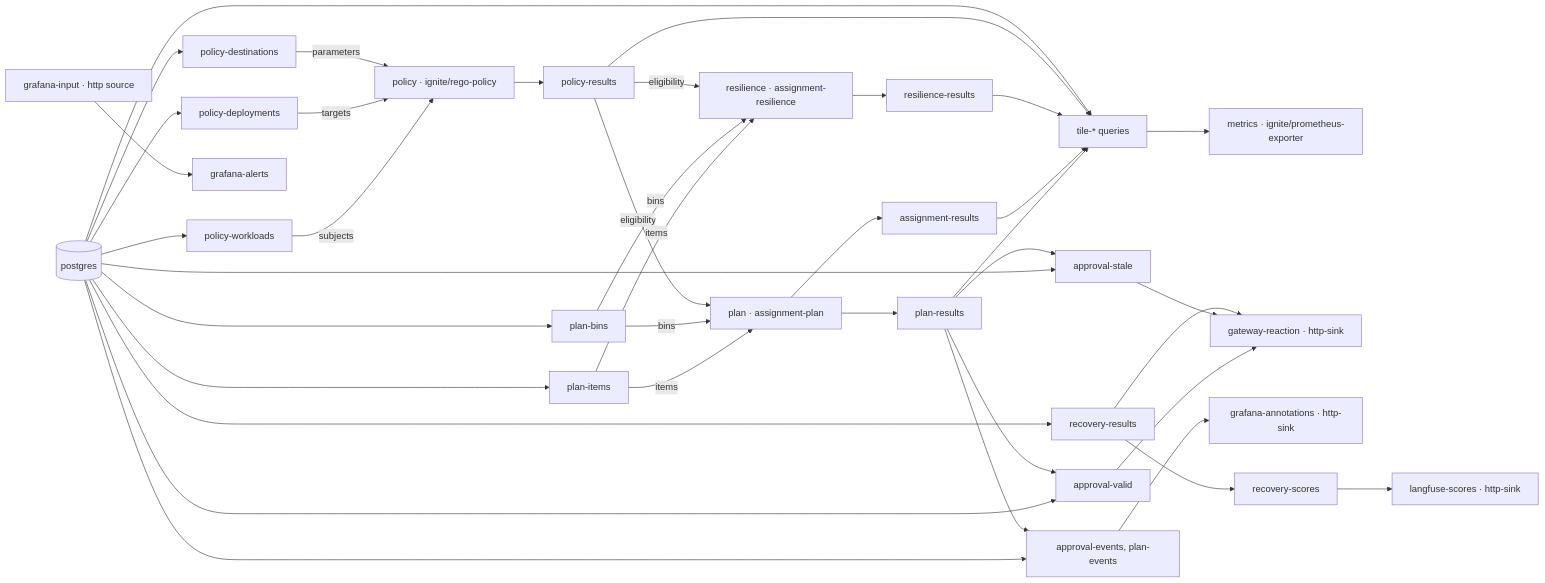
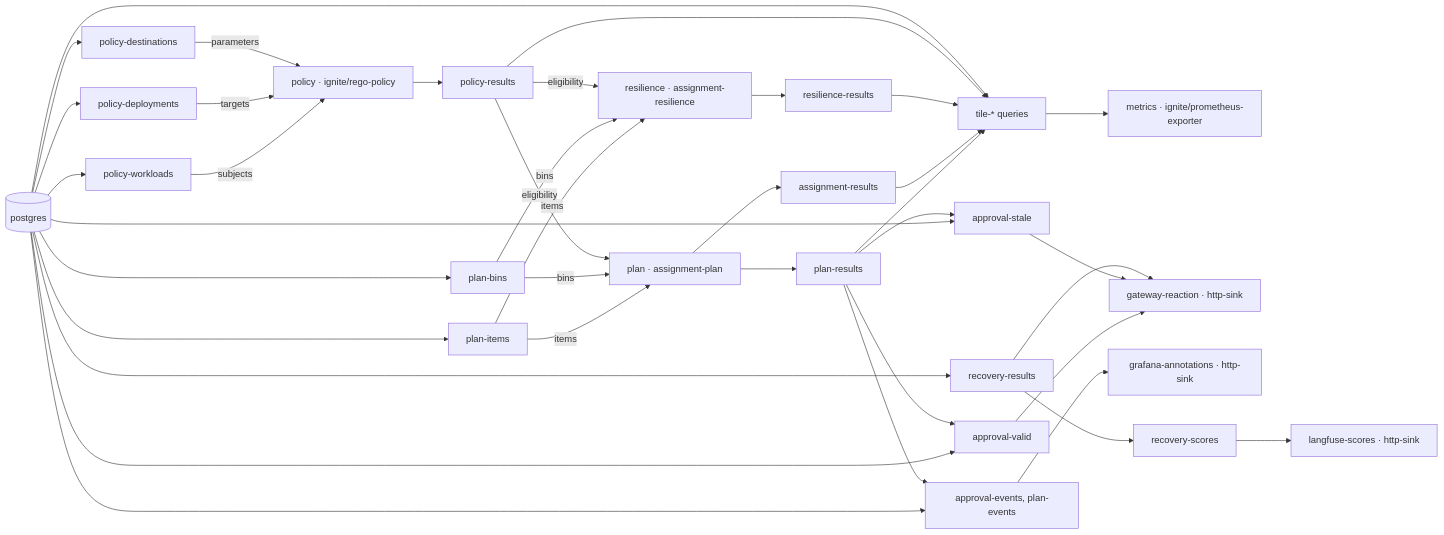
The diagram in presentations/2026-11-19_Ignite/plan/contracts.md (drasi-project/community), drawn with Mermaid before and after one commit. The commit also changed other lines of this file and 4 other files, not shown here.

````diff
--- a/presentations/2026-11-19_Ignite/plan/contracts.md
+++ b/presentations/2026-11-19_Ignite/plan/contracts.md
@@ -128,19 +126,18 @@
 ```mermaid
 flowchart LR
   PG[(postgres)] --> W[policy-workloads] & D[policy-deployments] & PD[policy-destinations] & PI[plan-items] & PB[plan-bins]
   W -->|subjects| P[policy · ignite/rego-policy]
   D -->|targets| P
   PD -->|parameters| P
   P --> PR[policy-results]
   PI -->|items| A[plan · assignment-plan] & R[resilience · assignment-resilience]
   PB -->|bins| A & R
   PR -->|eligibility| A & R
   A --> PLR[plan-results] & AR[assignment-results]
   R --> RR[resilience-results]
   PLR & AR & RR & PR & PG --> T[tile-* queries] --> X[metrics · ignite/prometheus-exporter]
   PG & PLR --> AV[approval-valid] & AS[approval-stale] --> GW[gateway-reaction · http-sink]
   PG --> RV[recovery-results] --> GW
   PG & PLR --> EV[approval-events, plan-events] --> GA[grafana-annotations · http-sink]
   RV --> SC[recovery-scores] --> LS[langfuse-scores · http-sink]
-  HS[grafana-input · http source] --> GQ[grafana-alerts]
 ```
````
